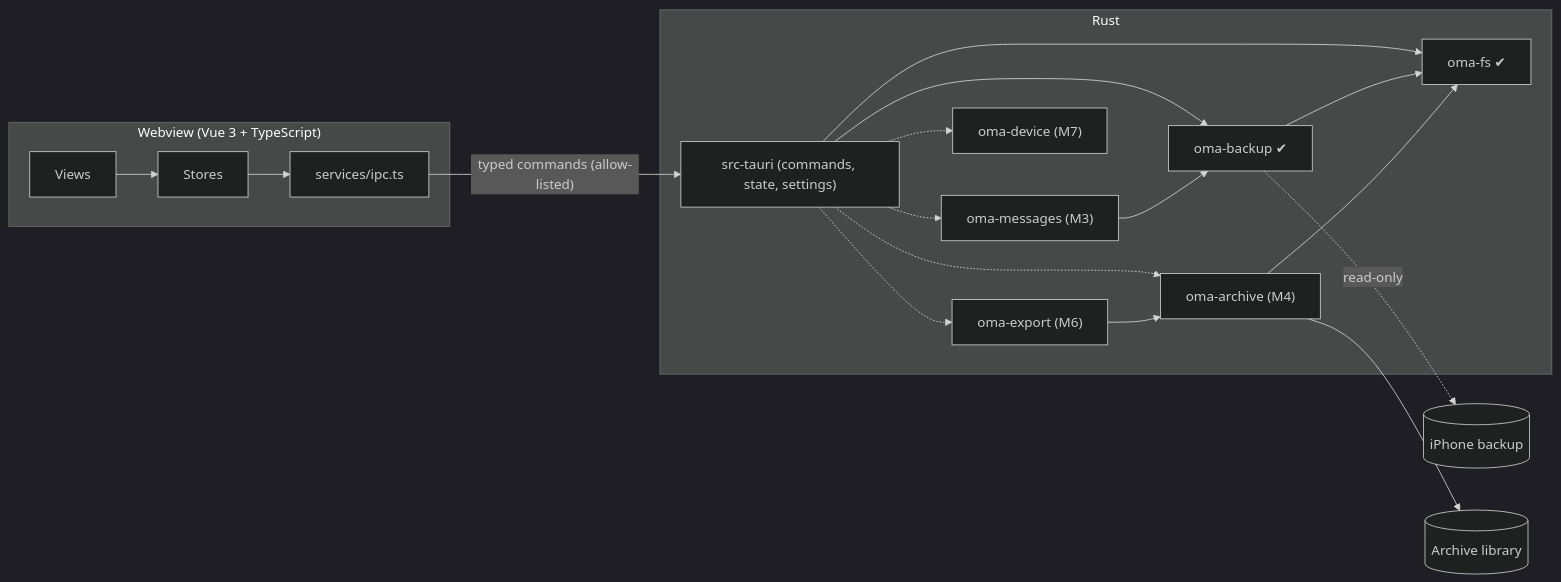
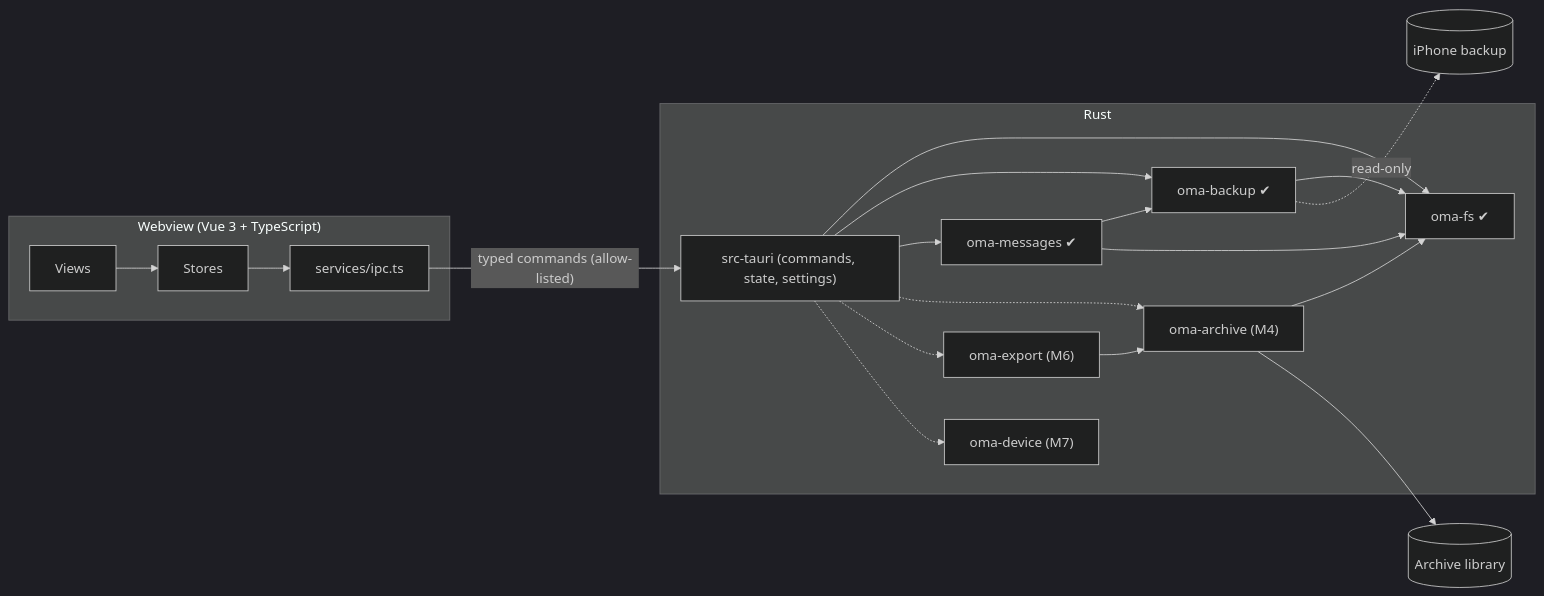
Before and after one commit to VibeForge-Systems/From_the_Forge: the diagram in Apps/openmessage-archive/docs/architecture.md, drawn with Mermaid (dark theme). The commit also changed other lines of this file and 8 other files, not shown here.

````diff
--- a/Apps/openmessage-archive/docs/architecture.md
+++ b/Apps/openmessage-archive/docs/architecture.md
@@ -49,22 +49,23 @@
 ```mermaid
 flowchart LR
   subgraph Webview["Webview (Vue 3 + TypeScript)"]
     Views --> Stores --> IPC["services/ipc.ts"]
   end
   IPC -- "typed commands (allow-listed)" --> Shell
   subgraph Rust
     Shell["src-tauri (commands, state, settings)"]
     Shell --> FS["oma-fs ✔"]
     Shell --> Backup["oma-backup ✔"]
-    Shell -.-> Messages["oma-messages (M3)"]
+    Shell --> Messages["oma-messages ✔"]
     Shell -.-> Archive["oma-archive (M4)"]
     Shell -.-> Export["oma-export (M6)"]
     Shell -.-> Device["oma-device (M7)"]
     Backup --> FS
     Messages --> Backup
+    Messages --> FS
     Archive --> FS
     Export --> Archive
   end
   Backup -. read-only .-> SRC[("iPhone backup")]
   Archive --> LIB[("Archive library")]
 ```
````
